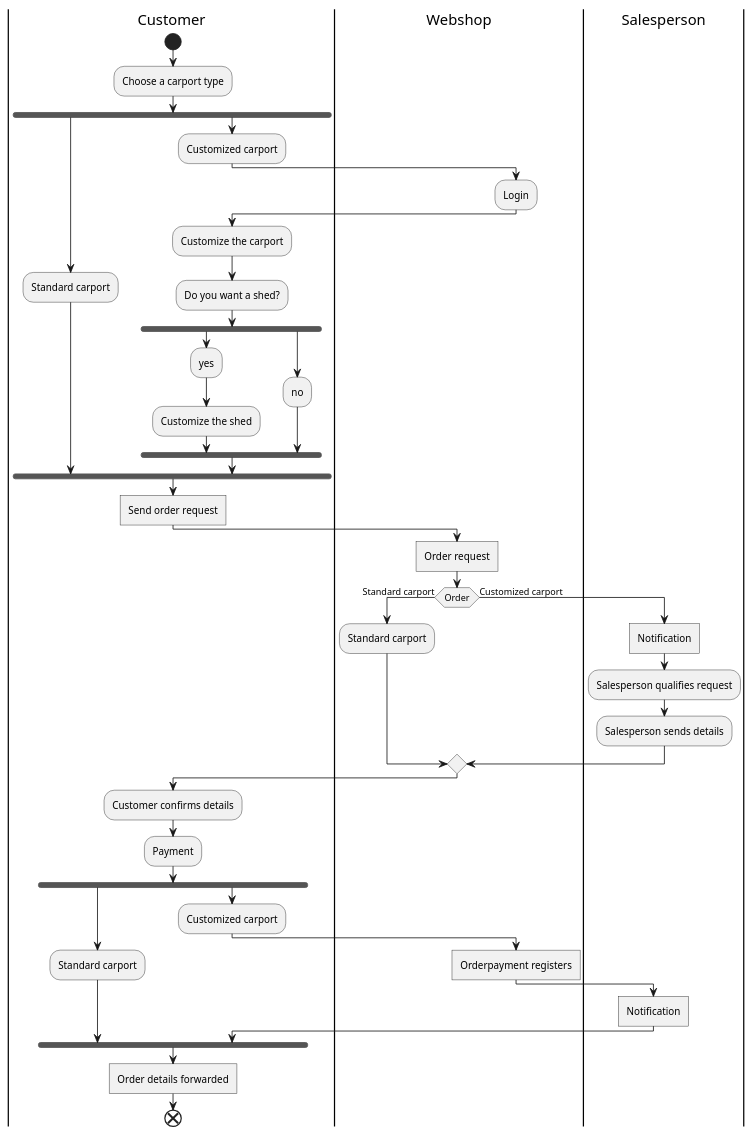
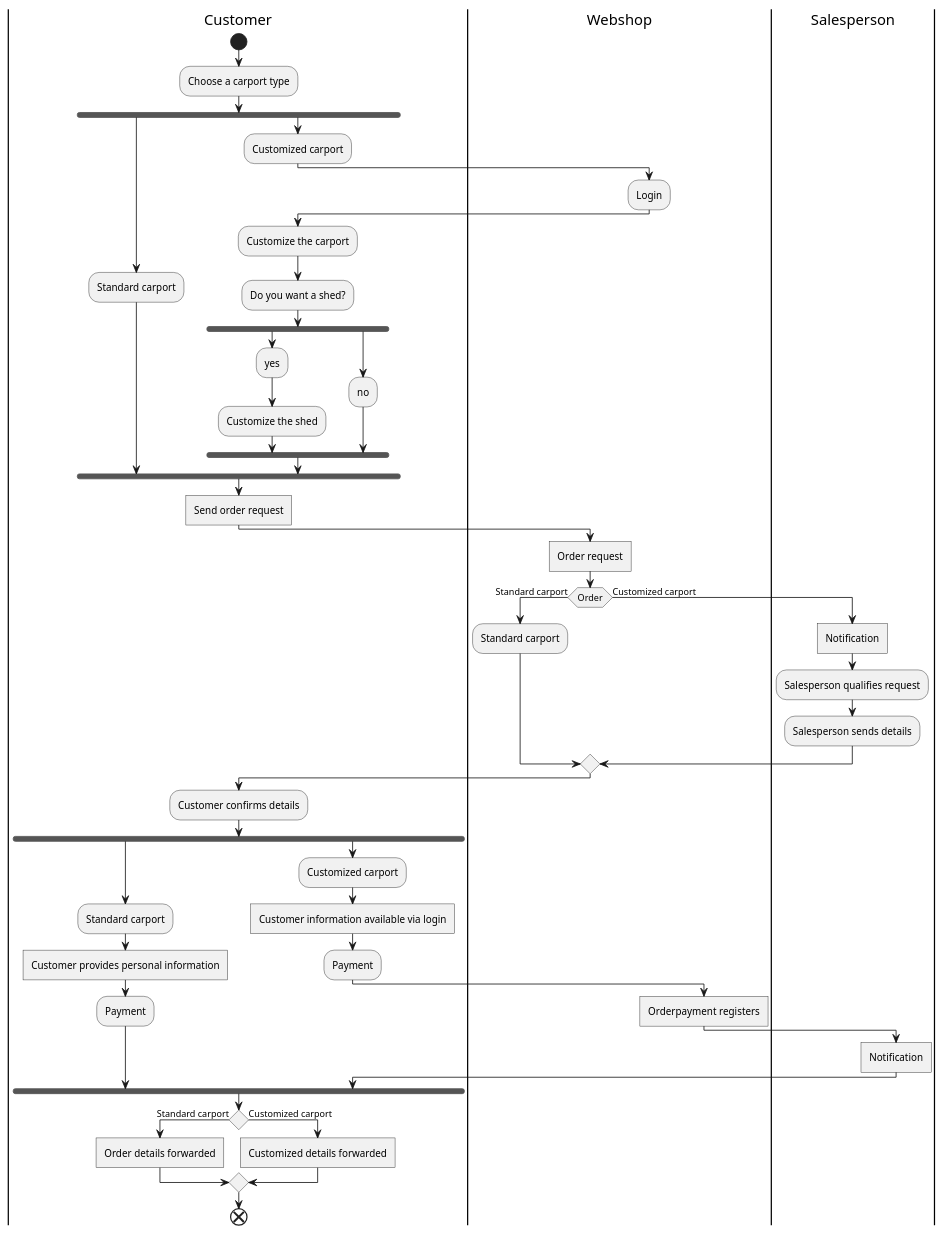
One commit to FruSchwencke/Fog_2024 changed the diagram in src/main/resources/Persistence/ToBe.puml. Above: the diagram before and after it, drawn with PlantUML.

Commit message:
minor adjustments

```diff
--- a/src/main/resources/Persistence/ToBe.puml
+++ b/src/main/resources/Persistence/ToBe.puml
@@ -1,51 +1,59 @@
 @startuml
 'https://plantuml.com/activity-diagram-beta
 
 |Customer|
 start
 :Choose a carport type;
 fork
 :Standard carport;
 fork again
 :Customized carport;
 |Webshop|
 :Login;
 |Customer|
 :Customize the carport;
 :Do you want a shed?;
 fork
 :yes;
 :Customize the shed;
 fork again
 :no;
 end fork
 end fork
 :Send order request]
 |Webshop|
 :Order request]
 if (Order) then (Standard carport)
 :Standard carport;
 else (Customized carport)
 |Salesperson|
 :Notification]
 :Salesperson qualifies request;
 :Salesperson sends details;
 endif
 |Customer|
 :Customer confirms details;
-:Payment;
+
 fork
 :Standard carport;
+:Customer provides personal information]
+:Payment;
 fork again
 :Customized carport;
+:Customer information available via login]
+:Payment;
 |Webshop|
 :Orderpayment registers]
 |Salesperson|
 :Notification]
 
 |Customer|
 end fork
+if () then (Standard carport)
 :Order details forwarded]
+else (Customized carport)
+:Customized details forwarded]
+endif
 end
 
 @enduml
```
